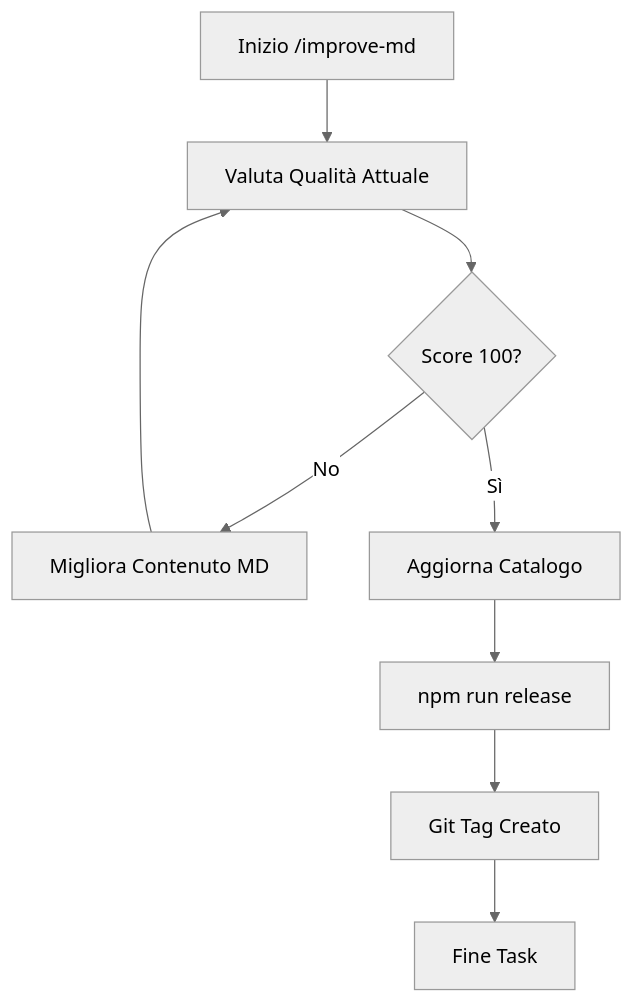
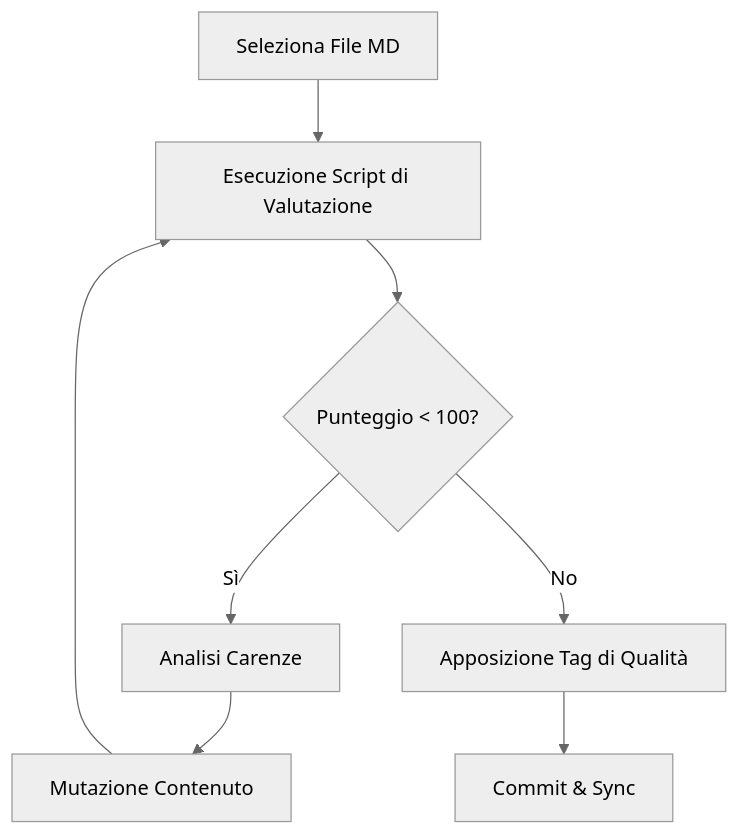
The diagram in .agents/workflows/improve-md.md (federicoferrulli/agents-antigravity), drawn with Mermaid (neutral theme) before and after one commit. The commit also changed other lines of this file and 17 other files, not shown here.

````diff
--- a/.agents/workflows/improve-md.md
+++ b/.agents/workflows/improve-md.md
@@ -34,11 +18,10 @@
 ```mermaid
 graph TD
-    Start[Inizio /improve-md] --> Eval[Valuta Qualità Attuale]
-    Eval --> Check{Score 100?}
-    Check -->|No| Mutate[Migliora Contenuto MD]
-    Mutate --> Eval
-    Check -->|Sì| Catalog[Aggiorna Catalogo]
-    Catalog --> Release[npm run release]
-    Release --> Tag[Git Tag Creato]
-    Tag --> End[Fine Task]
+    A[Seleziona File MD] --> B[Esecuzione Script di Valutazione]
+    B --> C{Punteggio < 100?}
+    C -- Sì --> D[Analisi Carenze]
+    D --> E[Mutazione Contenuto]
+    E --> B
+    C -- No --> F[Apposizione Tag di Qualità]
+    F --> G[Commit & Sync]
 ```
````
